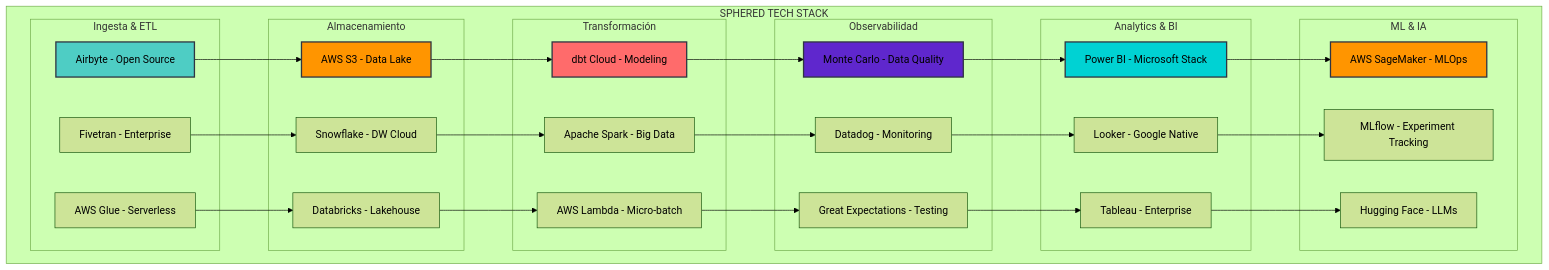
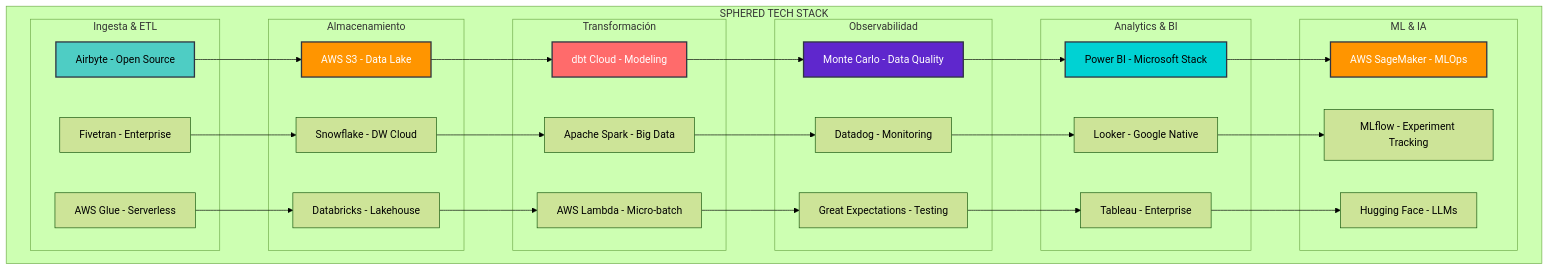
One commit to arielmmdx/offering changed the fourth of 17 diagrams in readme.md. Above: the diagram before and after it, drawn with Mermaid (forest theme). The commit also changed other lines of this file, not shown here.

````diff
--- a/readme.md
+++ b/readme.md
@@ -158,63 +158,63 @@
 ```mermaid
 graph TB
     subgraph "SPHERED TECH STACK"
         subgraph "Ingesta & ETL"
             A1[Airbyte - Open Source]
             A2[Fivetran - Enterprise]
             A3[AWS Glue - Serverless]
         end
         
         subgraph "Almacenamiento"
             B1[AWS S3 - Data Lake]
             B2[Snowflake - DW Cloud]
             B3[Databricks - Lakehouse]
         end
         
         subgraph "Transformación"
             C1[dbt Cloud - Modeling]
             C2[Apache Spark - Big Data]
             C3[AWS Lambda - Micro-batch]
         end
         
         subgraph "Observabilidad"
             D1[Monte Carlo - Data Quality]
             D2[Datadog - Monitoring]
             D3[Great Expectations - Testing]
         end
         
         subgraph "Analytics & BI"
             E1[Power BI - Microsoft Stack]
             E2[Looker - Google Native]
             E3[Tableau - Enterprise]
         end
         
         subgraph "ML & IA"
             F1[AWS SageMaker - MLOps]
             F2[MLflow - Experiment Tracking]
             F3[Hugging Face - LLMs]
         end
     end
     
     A1 --> B1
     A2 --> B2
     A3 --> B3
     B1 --> C1
     B2 --> C2
     B3 --> C3
     C1 --> D1
     C2 --> D2
     C3 --> D3
     D1 --> E1
     D2 --> E2
     D3 --> E3
     E1 --> F1
     E2 --> F2
     E3 --> F3
     
     style A1 fill:#4ecdc4,stroke:#2f3542,stroke-width:2px
-    style B1 fill:#ff9500,stroke:#2f3542,stroke-width:2px
-    style C1 fill:#ff6b6b,stroke:#2f3542,stroke-width:2px
-    style D1 fill:#5f27cd,stroke:#2f3542,stroke-width:2px
+    style B1 fill:#ff9500,stroke:#2f3542,stroke-width:2px,color:#fff
+    style C1 fill:#ff6b6b,stroke:#2f3542,stroke-width:2px,color:#fff
+    style D1 fill:#5f27cd,stroke:#2f3542,stroke-width:2px,color:#fff
     style E1 fill:#00d2d3,stroke:#2f3542,stroke-width:2px
-    style F1 fill:#ff9500,stroke:#2f3542,stroke-width:2px
+    style F1 fill:#ff9500,stroke:#2f3542,stroke-width:2px,color:#fff
 ```
````
